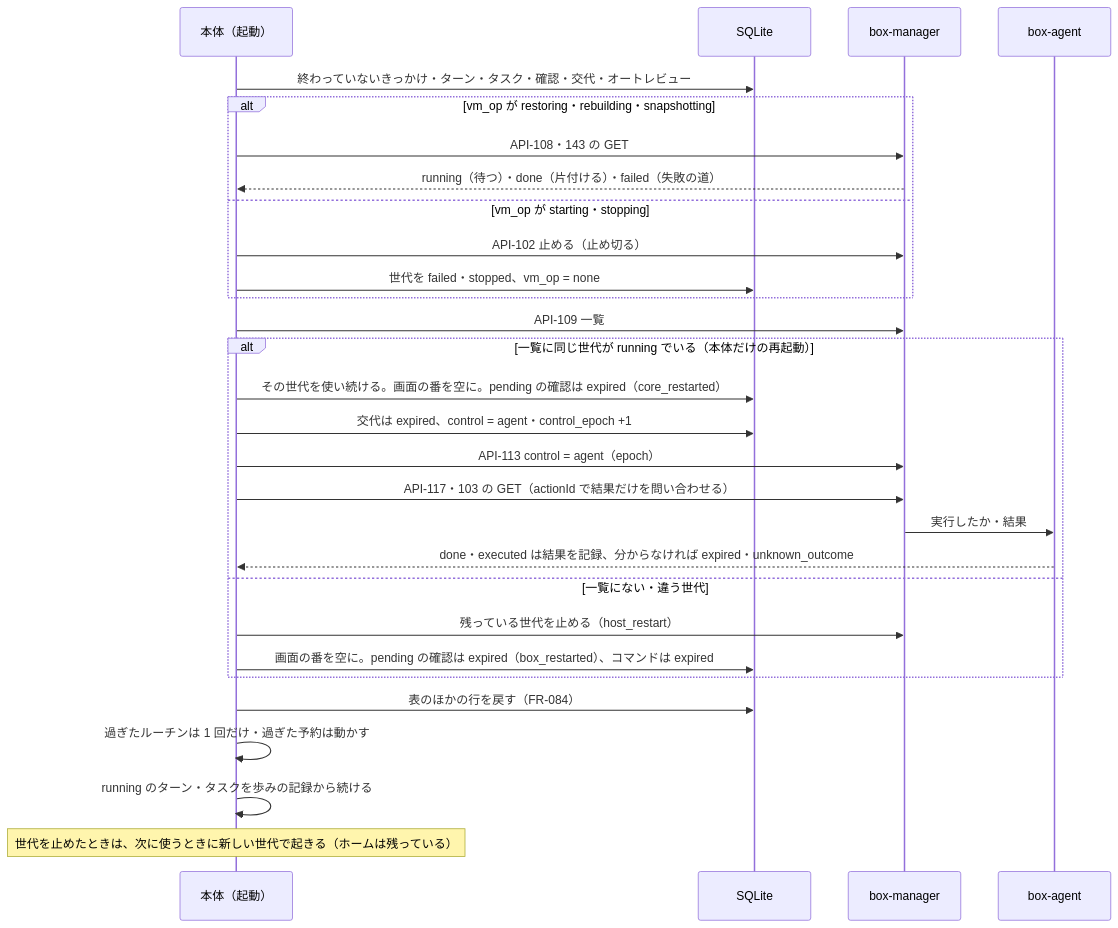
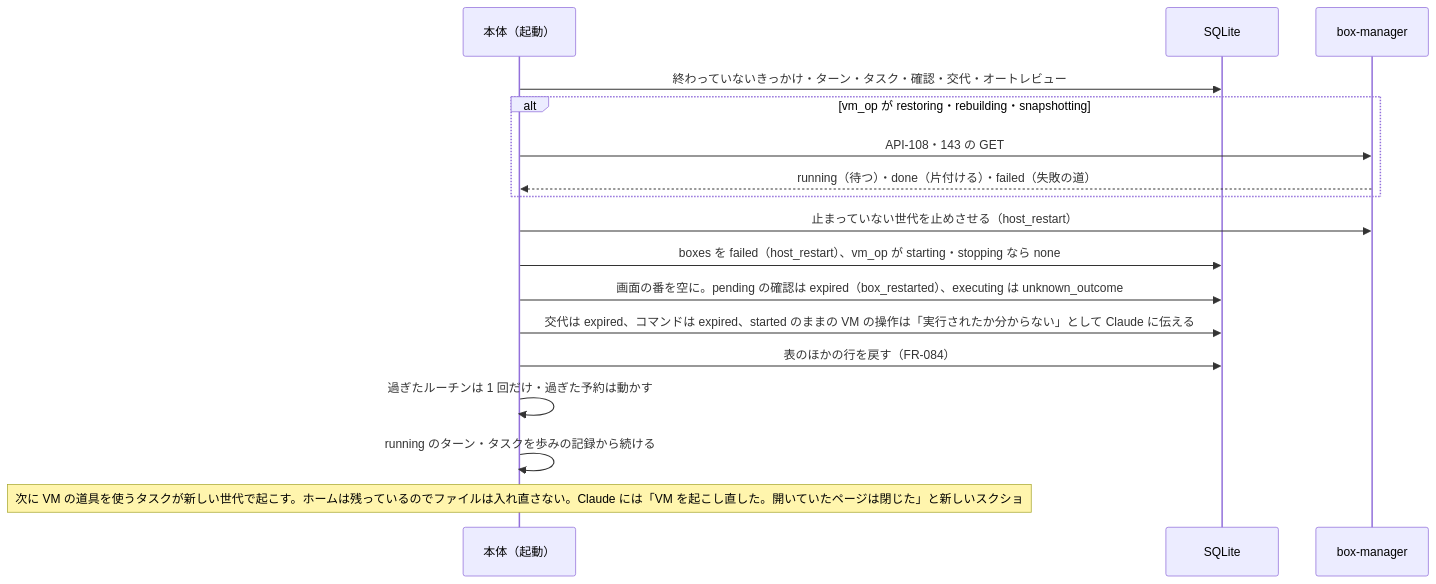
One commit to itiwoja/agent-team changed diagram 12 of 13 in docs/design/10_diagrams/sequences.md. Above: the diagram before and after it, drawn with Mermaid. The commit also changed other lines of this file and 34 other files, not shown here.

````diff
--- a/docs/design/10_diagrams/sequences.md
+++ b/docs/design/10_diagrams/sequences.md
@@ -314,31 +319,19 @@
 ```mermaid
 sequenceDiagram
  participant CORE as 本体（起動）
  participant DB as SQLite
  participant BM as box-manager
- participant B as box-agent
  CORE->>DB: 終わっていないきっかけ・ターン・タスク・確認・交代・オートレビュー
  alt vm_op が restoring・rebuilding・snapshotting
   CORE->>BM: API-108・143 の GET
   BM-->>CORE: running（待つ）・done（片付ける）・failed（失敗の道）
- else vm_op が starting・stopping
-  CORE->>BM: API-102 止める（止め切る）
-  CORE->>DB: 世代を failed・stopped、vm_op = none
  end
- CORE->>BM: API-109 一覧
- alt 一覧に同じ世代が running でいる（本体だけの再起動）
-  CORE->>DB: その世代を使い続ける。画面の番を空に。pending の確認は expired（core_restarted）
-  CORE->>DB: 交代は expired、control = agent・control_epoch +1
-  CORE->>BM: API-113 control = agent（epoch）
-  CORE->>BM: API-117・103 の GET（actionId で結果だけを問い合わせる）
-  BM->>B: 実行したか・結果
-  B-->>CORE: done・executed は結果を記録、分からなければ expired・unknown_outcome
- else 一覧にない・違う世代
-  CORE->>BM: 残っている世代を止める（host_restart）
-  CORE->>DB: 画面の番を空に。pending の確認は expired（box_restarted）、コマンドは expired
- end
+ CORE->>BM: 止まっていない世代を止めさせる（host_restart）
+ CORE->>DB: boxes を failed（host_restart）、vm_op が starting・stopping なら none
+ CORE->>DB: 画面の番を空に。pending の確認は expired（box_restarted）、executing は unknown_outcome
+ CORE->>DB: 交代は expired、コマンドは expired、started のままの VM の操作は「実行されたか分からない」として Claude に伝える
  CORE->>DB: 表のほかの行を戻す（FR-084）
  CORE->>CORE: 過ぎたルーチンは 1 回だけ・過ぎた予約は動かす
  CORE->>CORE: running のターン・タスクを歩みの記録から続ける
- Note over CORE: 世代を止めたときは、次に使うときに新しい世代で起きる（ホームは残っている）
+ Note over CORE: 次に VM の道具を使うタスクが新しい世代で起こす。ホームは残っているのでファイルは入れ直さない。Claude には「VM を起こし直した。開いていたページは閉じた」と新しいスクショ
 ```
````
